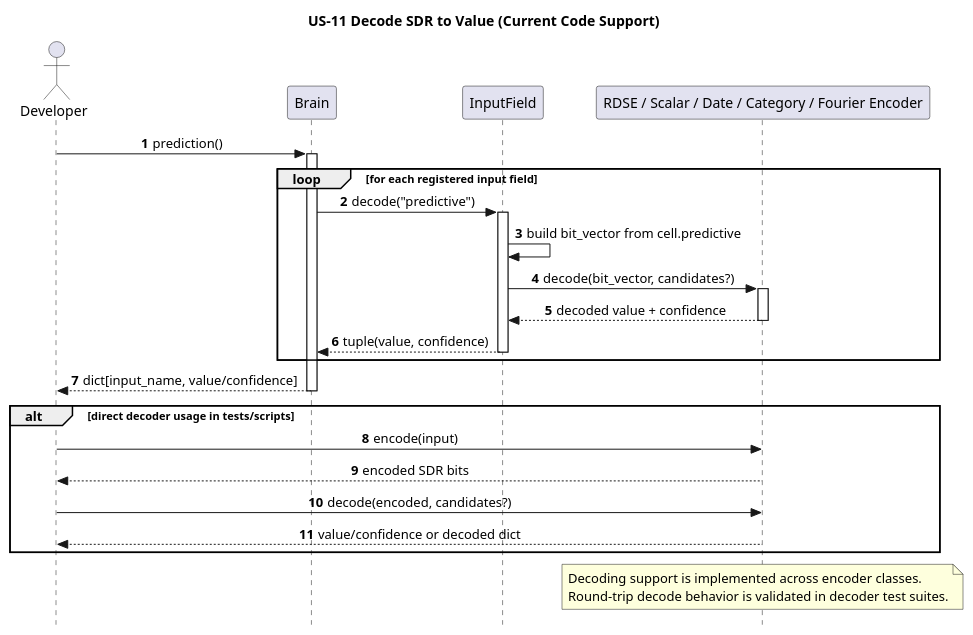
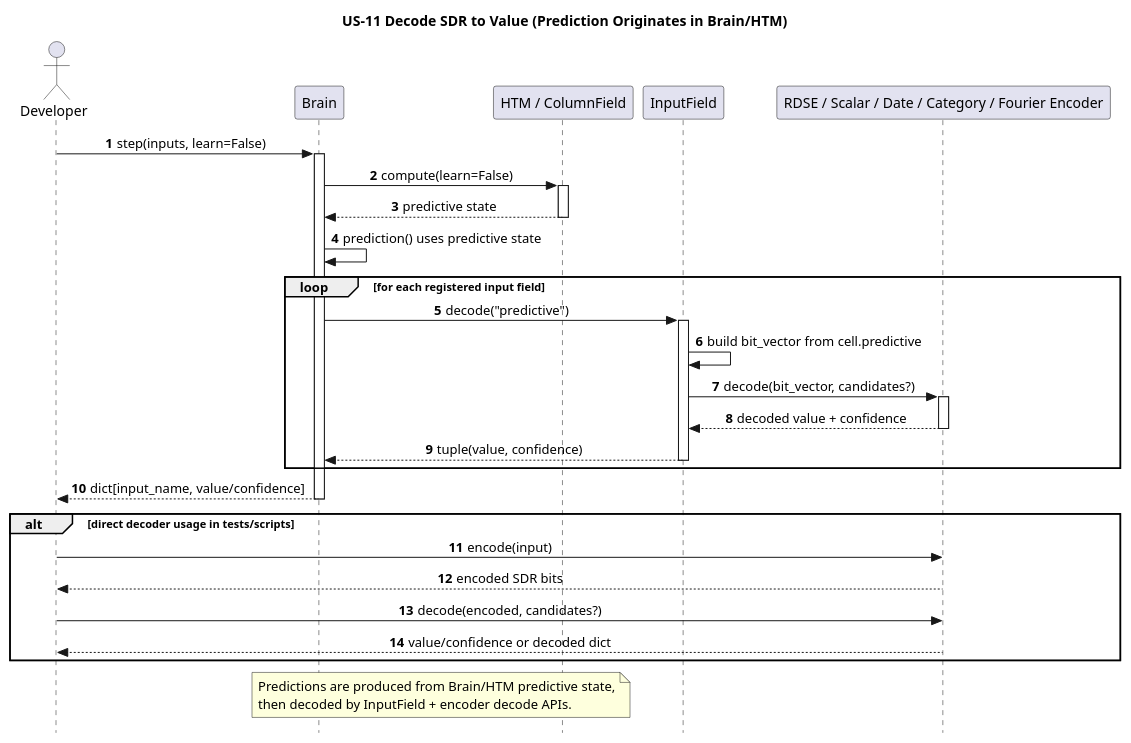
The diagram in docs/puml/US/us-11.puml (egrembocki/htmrl), drawn with PlantUML before and after one commit. The commit also changed 4 other files, not shown here.

Commit message:
docs: fix US-11 to show Brain/HTM as prediction source

```diff
--- a/docs/puml/US/us-11.puml
+++ b/docs/puml/US/us-11.puml
@@ -1,41 +1,48 @@
 @startuml
 skinparam style strictuml
 skinparam sequenceMessageAlign center
 skinparam responseMessageBelowArrow true
 autonumber
 
-title US-11 Decode SDR to Value (Current Code Support)
+title US-11 Decode SDR to Value (Prediction Originates in Brain/HTM)
 
 actor "Developer" as Dev
 participant "Brain" as BR
+participant "HTM / ColumnField" as HTM
 participant "InputField" as IF
 participant "RDSE / Scalar / Date / Category / Fourier Encoder" as ENC
 
-Dev -> BR: prediction()
+Dev -> BR: step(inputs, learn=False)
 activate BR
+BR -> HTM: compute(learn=False)
+activate HTM
+HTM --> BR: predictive state
+deactivate HTM
+
+BR -> BR: prediction() uses predictive state
 loop for each registered input field
   BR -> IF: decode("predictive")
   activate IF
   IF -> IF: build bit_vector from cell.predictive
   IF -> ENC: decode(bit_vector, candidates?)
   activate ENC
   ENC --> IF: decoded value + confidence
   deactivate ENC
   IF --> BR: tuple(value, confidence)
   deactivate IF
 end
 BR --> Dev: dict[input_name, value/confidence]
 deactivate BR
 
 alt direct decoder usage in tests/scripts
   Dev -> ENC: encode(input)
   ENC --> Dev: encoded SDR bits
   Dev -> ENC: decode(encoded, candidates?)
   ENC --> Dev: value/confidence or decoded dict
 end
 
-note over ENC
-Decoding support is implemented across encoder classes.
-Round-trip decode behavior is validated in decoder test suites.
+note over BR,HTM
+Predictions are produced from Brain/HTM predictive state,
+then decoded by InputField + encoder decode APIs.
 end note
 @enduml
```
